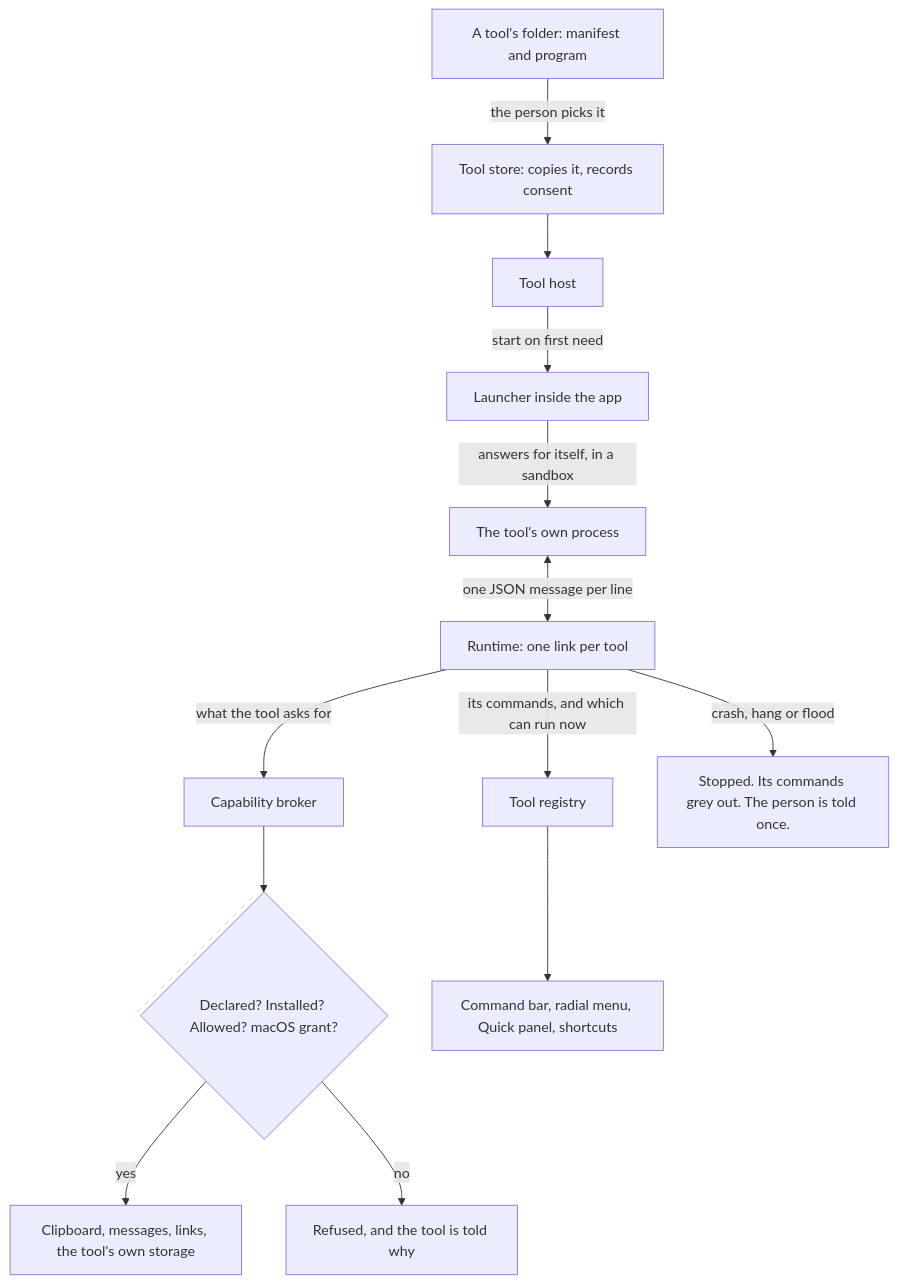
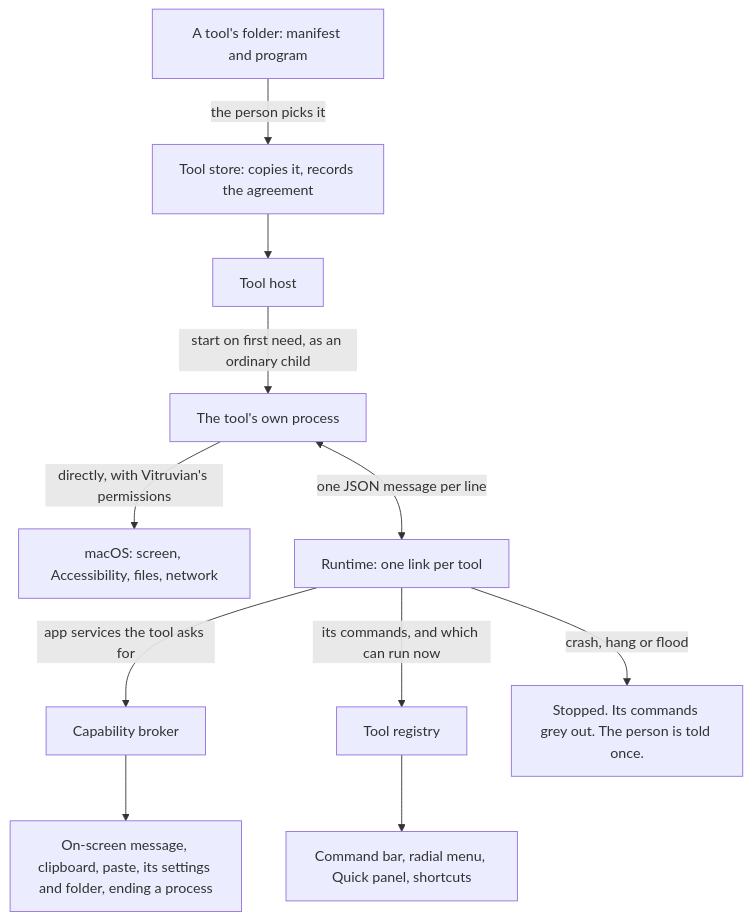
Before and after one commit to VitruvianSoftware/vitruvian-core: the diagram in docs/superpowers/specs/2026-10-10-vitruvian-external-tools-design.md, drawn with Mermaid. The commit also changed other lines of this file and 2 other files, not shown here.

First line of the commit message:
docs(spec): a tool from outside is trusted like an app — sub-project 3 rewritten (#3060)

````diff
--- a/docs/superpowers/specs/2026-10-10-vitruvian-external-tools-design.md
+++ b/docs/superpowers/specs/2026-10-10-vitruvian-external-tools-design.md
@@ -114,15 +148,13 @@
 ```mermaid
 flowchart TD
-    F[A tool's folder: manifest and program] -->|the person picks it| I[Tool store: copies it, records consent]
+    F[A tool's folder: manifest and program] -->|the person picks it| I[Tool store: copies it, records the agreement]
     I --> H[Tool host]
-    H -->|start on first need| L[Launcher inside the app]
-    L -->|answers for itself, in a sandbox| T[The tool's own process]
+    H -->|start on first need, as an ordinary child| T[The tool's own process]
+    T -->|directly, with Vitruvian's permissions| M[macOS: screen, Accessibility, files, network]
     T <-->|one JSON message per line| R[Runtime: one link per tool]
-    R -->|what the tool asks for| B[Capability broker]
-    B --> G{Declared? Installed? Allowed? macOS grant?}
-    G -->|yes| S[Clipboard, messages, links, the tool's own storage]
-    G -->|no| X[Refused, and the tool is told why]
+    R -->|app services the tool asks for| B[Capability broker]
+    B --> S[On-screen message, clipboard, paste, its settings and folder, ending a process]
     R -->|its commands, and which can run now| REG[Tool registry]
     REG --> U[Command bar, radial menu, Quick panel, shortcuts]
     R -->|crash, hang or flood| W[Stopped. Its commands grey out. The person is told once.]
 ```
````
